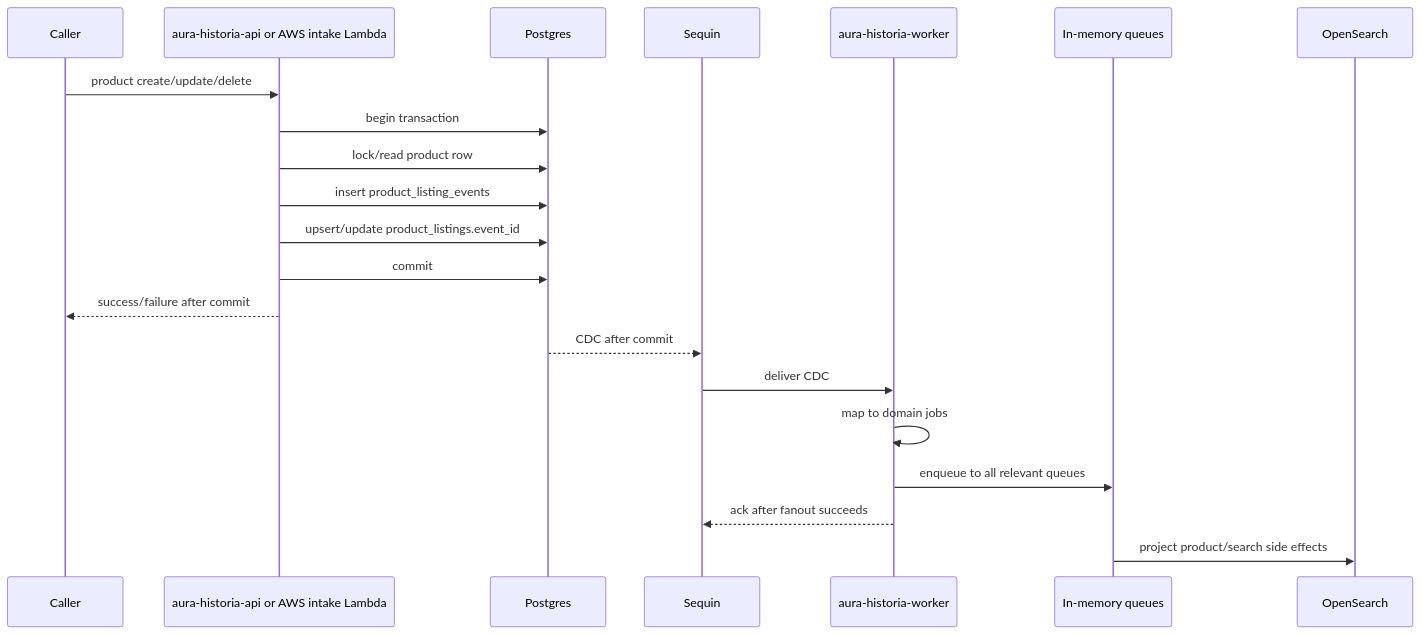
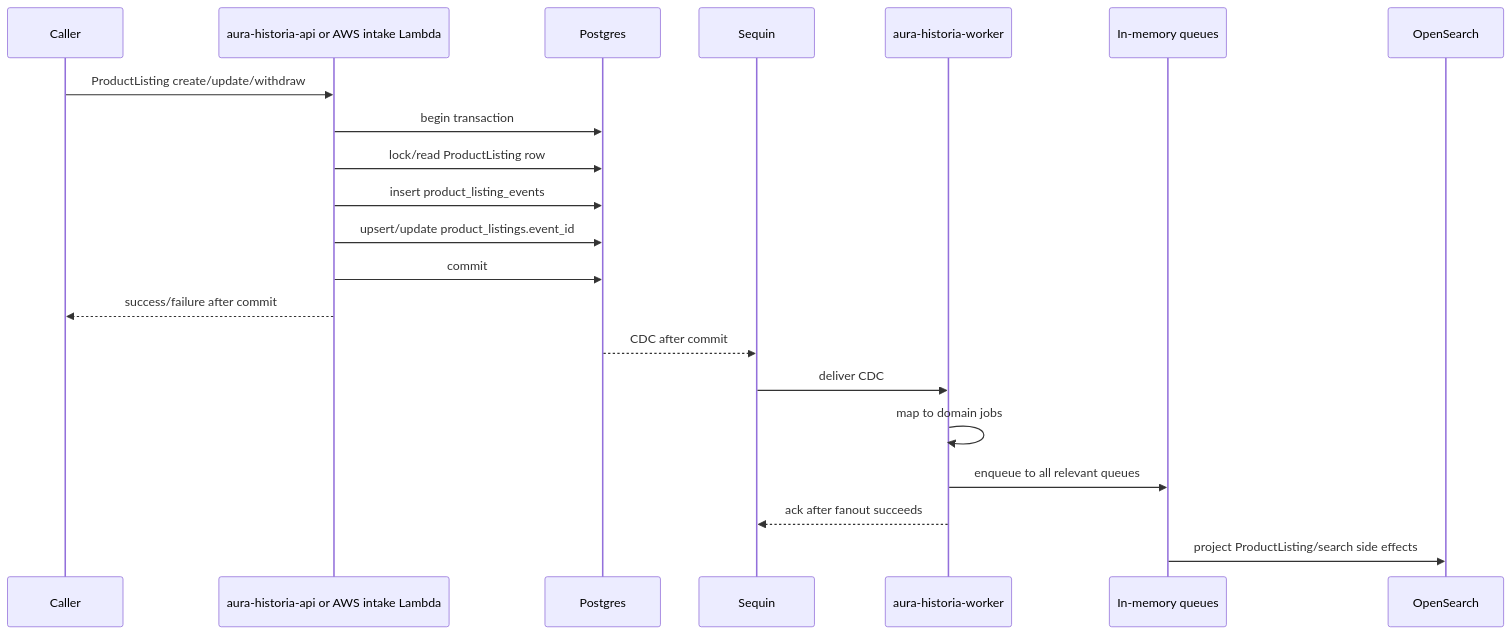
Before and after one commit to aura-historia/backend: the second of 2 diagrams in docs/events/flow.md, drawn with Mermaid. The commit also changed other lines of this file and 12 other files, not shown here.

````diff
--- a/docs/events/flow.md
+++ b/docs/events/flow.md
@@ -74,24 +74,24 @@
 ```mermaid
 sequenceDiagram
     participant Caller
     participant API as aura-historia-api or AWS intake Lambda
     participant PG as Postgres
     participant Sequin
     participant Worker as aura-historia-worker
     participant Queue as In-memory queues
     participant OS as OpenSearch
 
-    Caller->>API: product create/update/delete
+    Caller->>API: ProductListing create/update/withdraw
     API->>PG: begin transaction
-    API->>PG: lock/read product row
+    API->>PG: lock/read ProductListing row
     API->>PG: insert product_listing_events
     API->>PG: upsert/update product_listings.event_id
     API->>PG: commit
     API-->>Caller: success/failure after commit
     PG-->>Sequin: CDC after commit
     Sequin->>Worker: deliver CDC
     Worker->>Worker: map to domain jobs
     Worker->>Queue: enqueue to all relevant queues
     Worker-->>Sequin: ack after fanout succeeds
-    Queue->>OS: project product/search side effects
+    Queue->>OS: project ProductListing/search side effects
 ```
````
